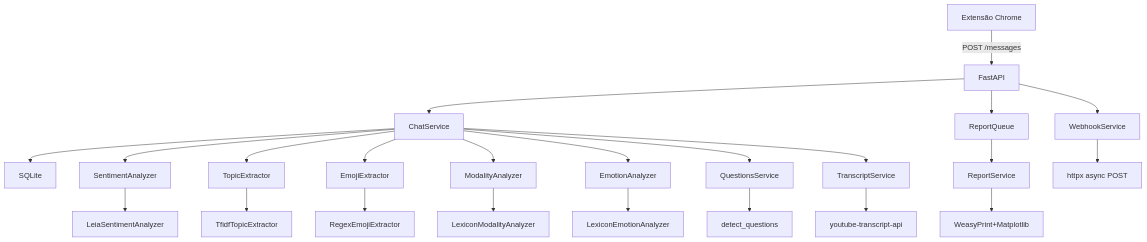
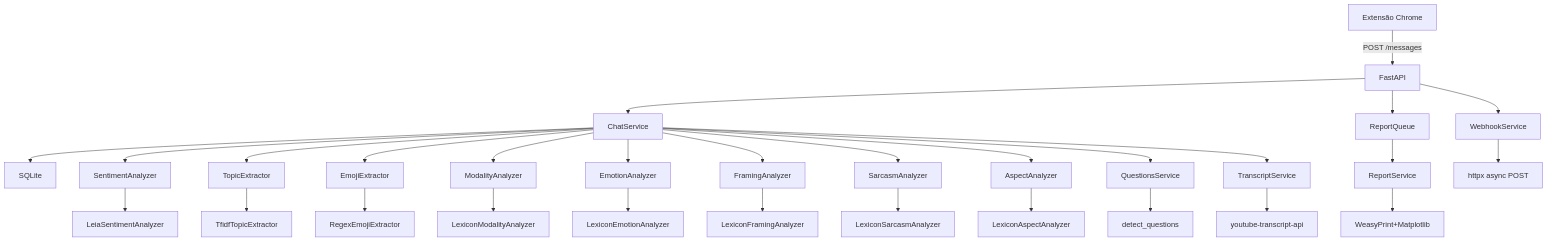
The diagram in README.md (GustavoGarciaPereira/LiveScribe), drawn with Mermaid before and after one commit. The commit also changed other lines of this file and 1 other file, not shown here.

````diff
--- a/README.md
+++ b/README.md
@@ -193,25 +200,31 @@
 ```mermaid
 graph TD
     A[Extensão Chrome] -->|POST /messages| B[FastAPI]
     B --> C[ChatService]
     C --> D[SQLite]
     C --> E[SentimentAnalyzer]
     C --> F[TopicExtractor]
     C --> G[EmojiExtractor]
     C --> H[ModalityAnalyzer]
     C --> I[EmotionAnalyzer]
+    C --> I2[FramingAnalyzer]
+    C --> I3[SarcasmAnalyzer]
+    C --> I4[AspectAnalyzer]
     E --> E1[LeiaSentimentAnalyzer]
     F --> F1[TfidfTopicExtractor]
     G --> G1[RegexEmojiExtractor]
     H --> H1[LexiconModalityAnalyzer]
     I --> I1[LexiconEmotionAnalyzer]
+    I2 --> I21[LexiconFramingAnalyzer]
+    I3 --> I31[LexiconSarcasmAnalyzer]
+    I4 --> I41[LexiconAspectAnalyzer]
     C --> J[QuestionsService]
     C --> K[TranscriptService]
     J --> J1[detect_questions]
     K --> K1[youtube-transcript-api]
     B --> L[ReportQueue]
     L --> M[ReportService]
     M --> N[WeasyPrint+Matplotlib]
     B --> O[WebhookService]
     O --> P[httpx async POST]
 ```
````
